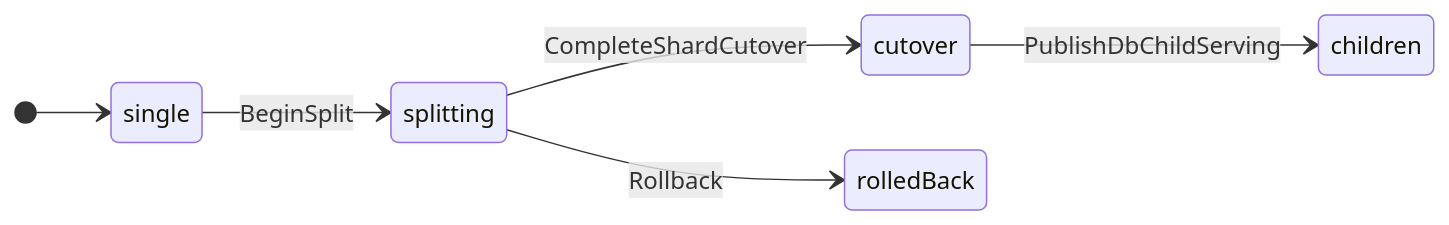
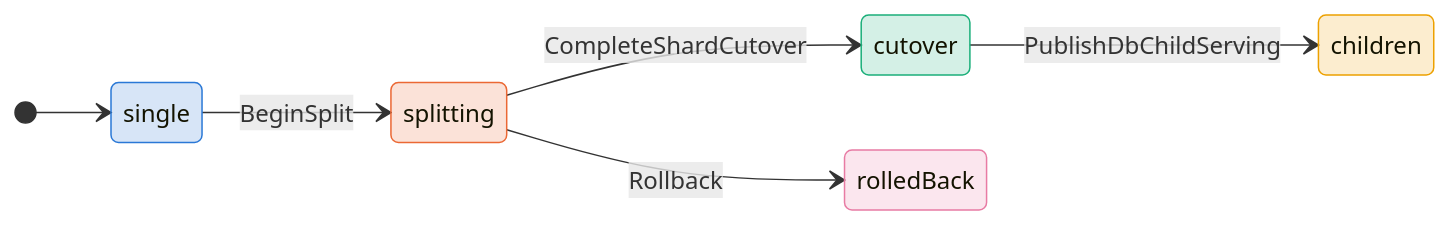
One commit to antflydb/antfly changed the first of 2 diagrams in zig/specs/tla/diagrams/metadata/AntflySplitRefinementBridge.md. Above: the diagram before and after it, drawn with Mermaid. The commit also changed 27 other files, not shown here.

````diff
--- a/zig/specs/tla/diagrams/metadata/AntflySplitRefinementBridge.md
+++ b/zig/specs/tla/diagrams/metadata/AntflySplitRefinementBridge.md
@@ -13,9 +13,19 @@
 ```mermaid
 stateDiagram-v2
     direction LR
     [*] --> single
     single --> splitting : BeginSplit
     splitting --> cutover : CompleteShardCutover
     cutover --> children : PublishDbChildServing
     splitting --> rolledBack : Rollback
+    classDef c_single fill:#2a78d630,stroke:#2a78d6
+    class single c_single
+    classDef c_splitting fill:#eb683430,stroke:#eb6834
+    class splitting c_splitting
+    classDef c_cutover fill:#1baf7a30,stroke:#1baf7a
+    class cutover c_cutover
+    classDef c_children fill:#eda10030,stroke:#eda100
+    class children c_children
+    classDef c_rolledBack fill:#e87ba430,stroke:#e87ba4
+    class rolledBack c_rolledBack
 ```
````
